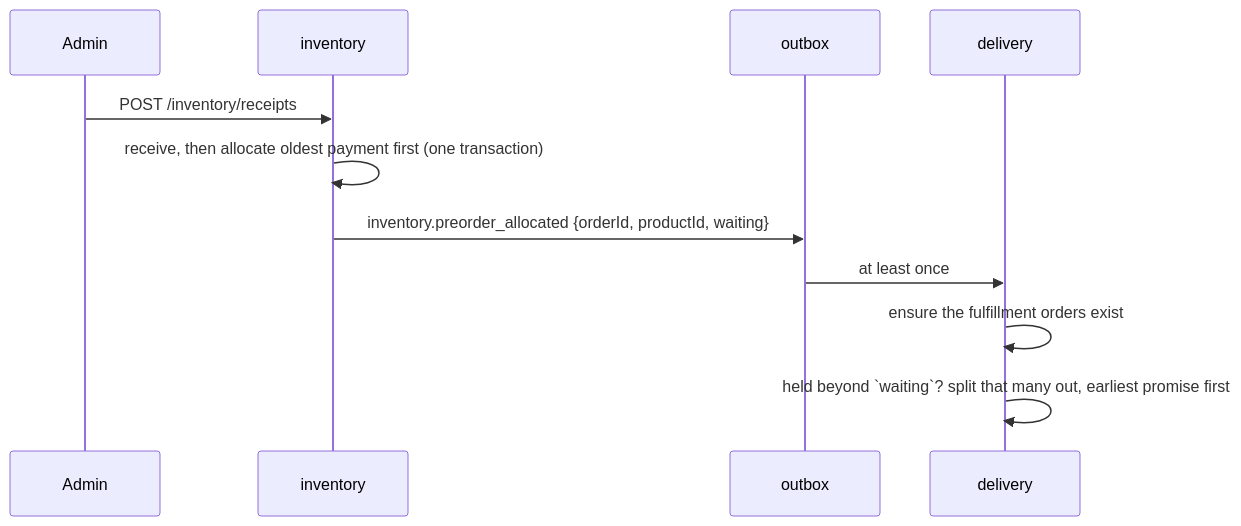
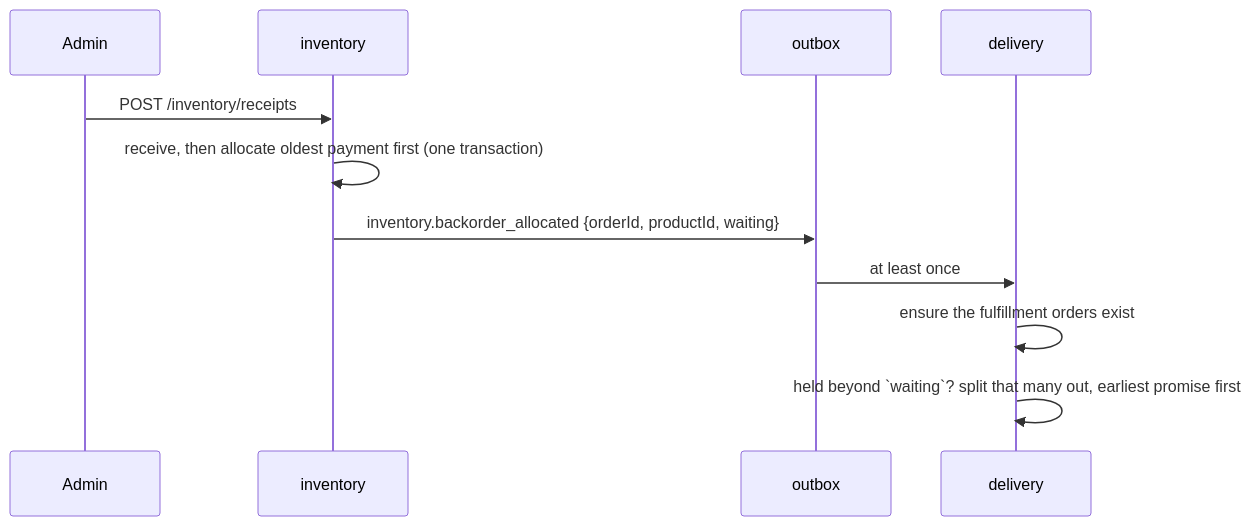
Before and after one commit to Guebbit/boilerplate-node-backend: the fourth of 7 diagrams in docs/modules/delivery.md, drawn with Mermaid. The commit also changed other lines of this file and 45 other files, not shown here.

First line of the commit message:
refactor(inventory): name the owed-units counter layer backorder, not preorder

````diff
--- a/docs/modules/delivery.md
+++ b/docs/modules/delivery.md
@@ -209,13 +209,13 @@
 ```mermaid
 sequenceDiagram
     participant A as Admin
     participant I as inventory
     participant O as outbox
     participant D as delivery
     A->>I: POST /inventory/receipts
     I->>I: receive, then allocate oldest payment first (one transaction)
-    I->>O: inventory.preorder_allocated {orderId, productId, waiting}
+    I->>O: inventory.backorder_allocated {orderId, productId, waiting}
     O->>D: at least once
     D->>D: ensure the fulfillment orders exist
     D->>D: held beyond `waiting`? split that many out, earliest promise first
 ```
````
